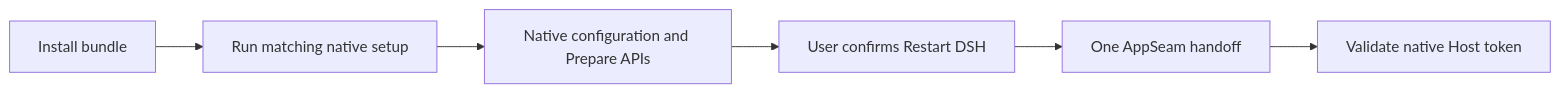
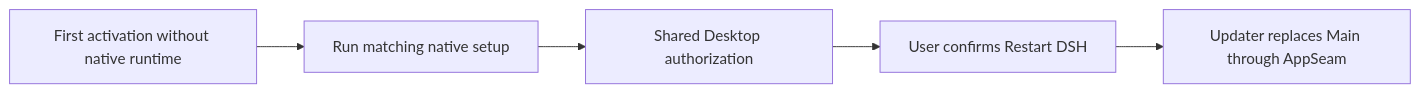
One commit to finogeeks/finsafe changed the diagram in integrations/dsh/windows/README.md. Above: the diagram before and after it, drawn with Mermaid. The commit also changed other lines of this file and 47 other files, not shown here.

````diff
--- a/integrations/dsh/windows/README.md
+++ b/integrations/dsh/windows/README.md
@@ -57,8 +109,7 @@
 ```mermaid
 flowchart LR
-    A[Install bundle] --> B[Run matching native setup]
-    B --> C[Native configuration and Prepare APIs]
+    A[First activation without native runtime] --> B[Run matching native setup]
+    B --> C[Shared Desktop authorization]
     C --> D[User confirms Restart DSH]
-    D --> E[One AppSeam handoff]
-    E --> F[Validate native Host token]
+    D --> E[Updater replaces Main through AppSeam]
 ```
````
